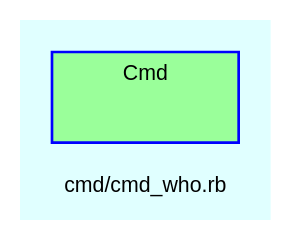
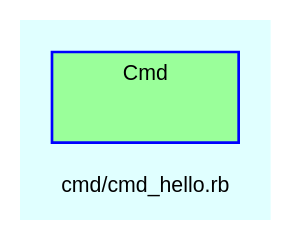
One commit to Tyche/teensymud changed the diagram in doc/dot/f_34.dot. Above: the diagram before and after it, drawn with Graphviz. The commit also changed 282 other files, not shown here.

```diff
--- a/doc/dot/f_34.dot
+++ b/doc/dot/f_34.dot
@@ -1,29 +1,29 @@
 digraph TopLevel {
     compound = true
     bgcolor = lightcyan1
     fontname = Arial
     fontsize = 8
-    label = "cmd/cmd_who.rb"
+    label = "cmd/cmd_hello.rb"
     node [
         fontname = Arial,
         fontsize = 8,
         color = black
     ]
 
     subgraph cluster_Cmd {
         fillcolor = palegreen1
         URL = "classes/Cmd.html"
         fontname = Arial
         color = blue
         label = "Cmd"
         style = filled
         Cmd [
             shape = plaintext,
             height = 0.01,
             width = 0.75,
             label = ""
         ]
 
     }
 
 }
```
